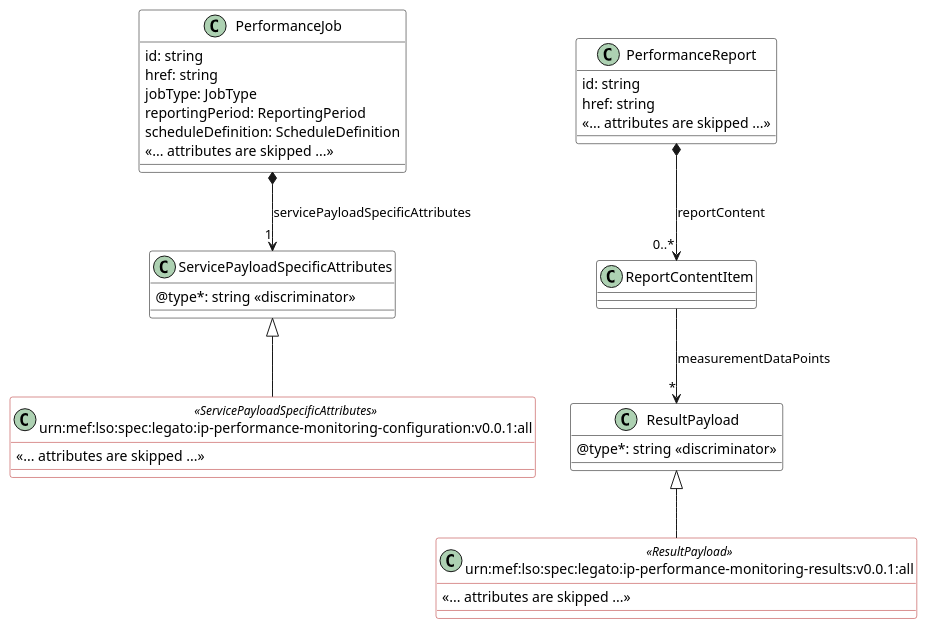
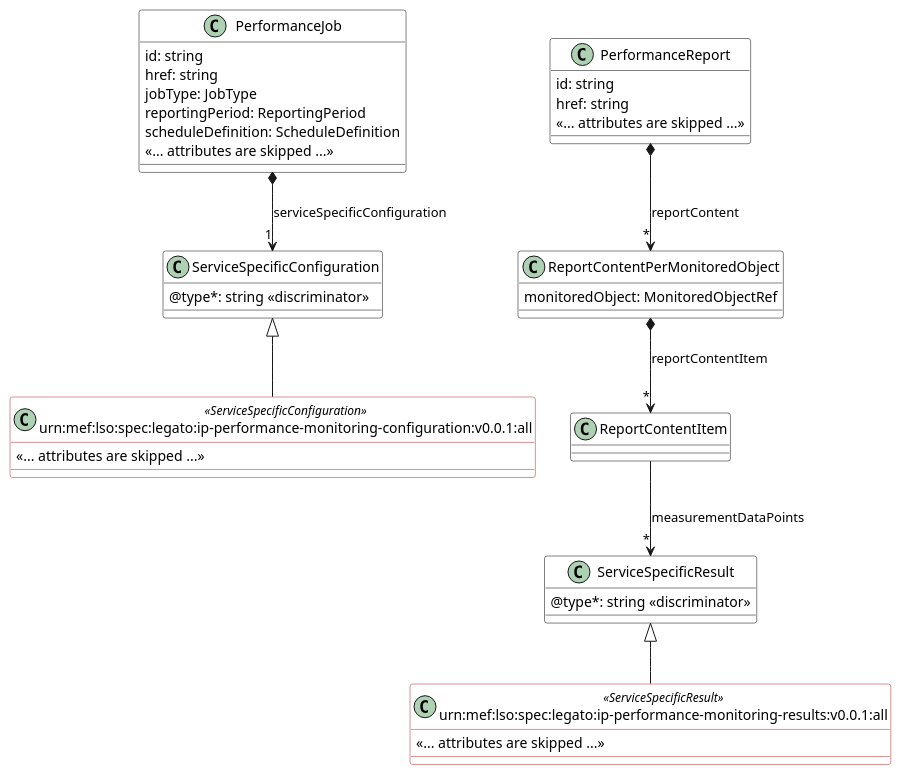
The diagram in documentation/serviceApi/pm/performance/media/src/extensionPattern.puml (MEF-GIT/MEF-LSO-Interlude-SDK), drawn with PlantUML before and after one commit. The commit also changed 74 other files, not shown here.

```diff
--- a/documentation/serviceApi/pm/performance/media/src/extensionPattern.puml
+++ b/documentation/serviceApi/pm/performance/media/src/extensionPattern.puml
@@ -1,60 +1,65 @@
 @startuml extensionPattern
 skinparam {
     ClassBackgroundColor White
     ClassBorderColor Black
-    ClassBorderColor<<ServicePayloadSpecificAttributes>> FireBrick
-    ClassBorderColor<<ResultPayload>> FireBrick
+    ClassBorderColor<<ServiceSpecificConfiguration>> FireBrick
+    ClassBorderColor<<ServiceSpecificResult>> FireBrick
 }
 set namespaceSeparator none
 
 class PerformanceJob {
 
     id: string 
     href: string 
     jobType: JobType
     reportingPeriod: ReportingPeriod
     scheduleDefinition: ScheduleDefinition
     <<... attributes are skipped ...>>
 }
 
 
-class ServicePayloadSpecificAttributes {
+class ServiceSpecificConfiguration {
     @type*: string <<discriminator>>
 }
 
 
-PerformanceJob *-->"1" ServicePayloadSpecificAttributes : servicePayloadSpecificAttributes
+PerformanceJob *-->"1" ServiceSpecificConfiguration : serviceSpecificConfiguration
 
-class urn:mef:lso:spec:legato:ip-performance-monitoring-configuration:v0.0.1:all <<ServicePayloadSpecificAttributes>> {
+class urn:mef:lso:spec:legato:ip-performance-monitoring-configuration:v0.0.1:all <<ServiceSpecificConfiguration>> {
 
     <<... attributes are skipped ...>>
 }
-ServicePayloadSpecificAttributes <|-- "urn:mef:lso:spec:legato:ip-performance-monitoring-configuration:v0.0.1:all"
+ServiceSpecificConfiguration <|-- "urn:mef:lso:spec:legato:ip-performance-monitoring-configuration:v0.0.1:all"
 
 
 
 class PerformanceReport {
 
     id: string 
     href: string 
     <<... attributes are skipped ...>>
 }
 
+class ReportContentPerMonitoredObject { 
+    monitoredObject: MonitoredObjectRef
+}
+
 class ReportContentItem {
 
 }
-class ResultPayload {
+class ServiceSpecificResult {
     @type*: string <<discriminator>>
 }
 
-PerformanceReport *-->"0..*" ReportContentItem : reportContent
-ReportContentItem -->"*" ResultPayload : measurementDataPoints
+PerformanceReport *-->"*" ReportContentPerMonitoredObject : reportContent
+ReportContentPerMonitoredObject *-->"*" ReportContentItem : reportContentItem
+ReportContentItem -->"*" ServiceSpecificResult : measurementDataPoints
 
-class urn:mef:lso:spec:legato:ip-performance-monitoring-results:v0.0.1:all <<ResultPayload>> {
+class urn:mef:lso:spec:legato:ip-performance-monitoring-results:v0.0.1:all <<ServiceSpecificResult>> {
 
     <<... attributes are skipped ...>>
 }
-ResultPayload <|-- "urn:mef:lso:spec:legato:ip-performance-monitoring-results:v0.0.1:all"
+ServiceSpecificResult <|-- "urn:mef:lso:spec:legato:ip-performance-monitoring-results:v0.0.1:all"
 
 
 @enduml
```
